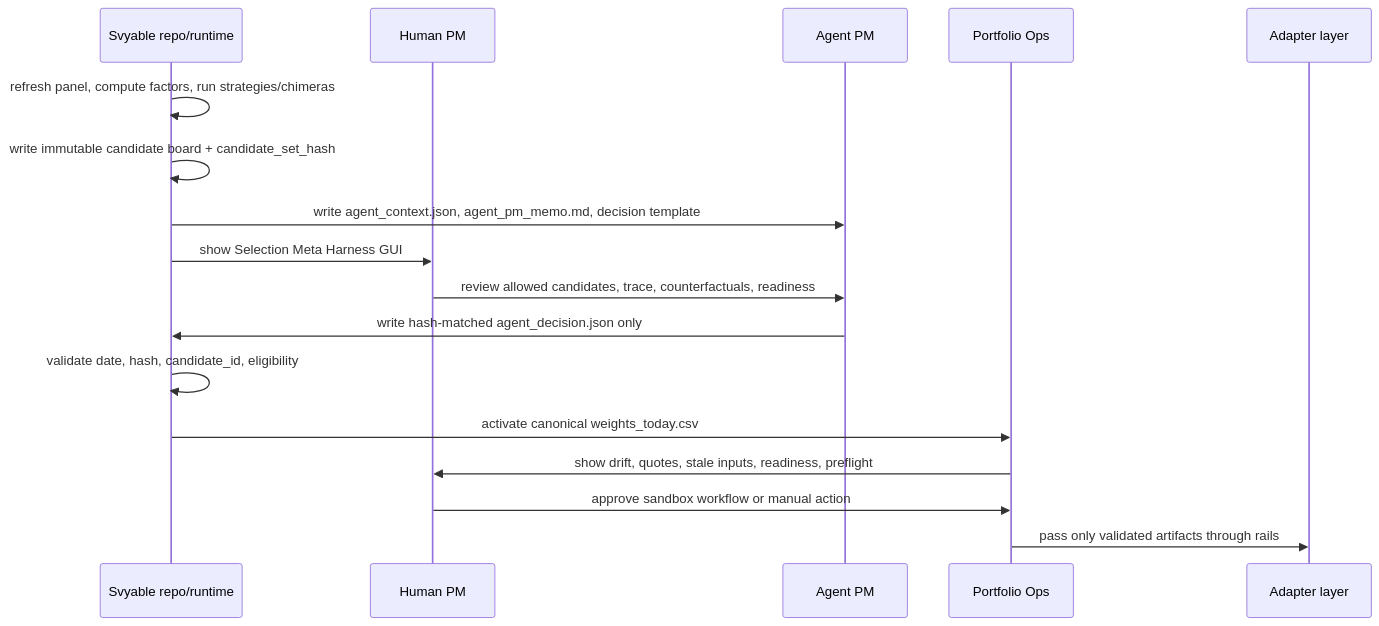
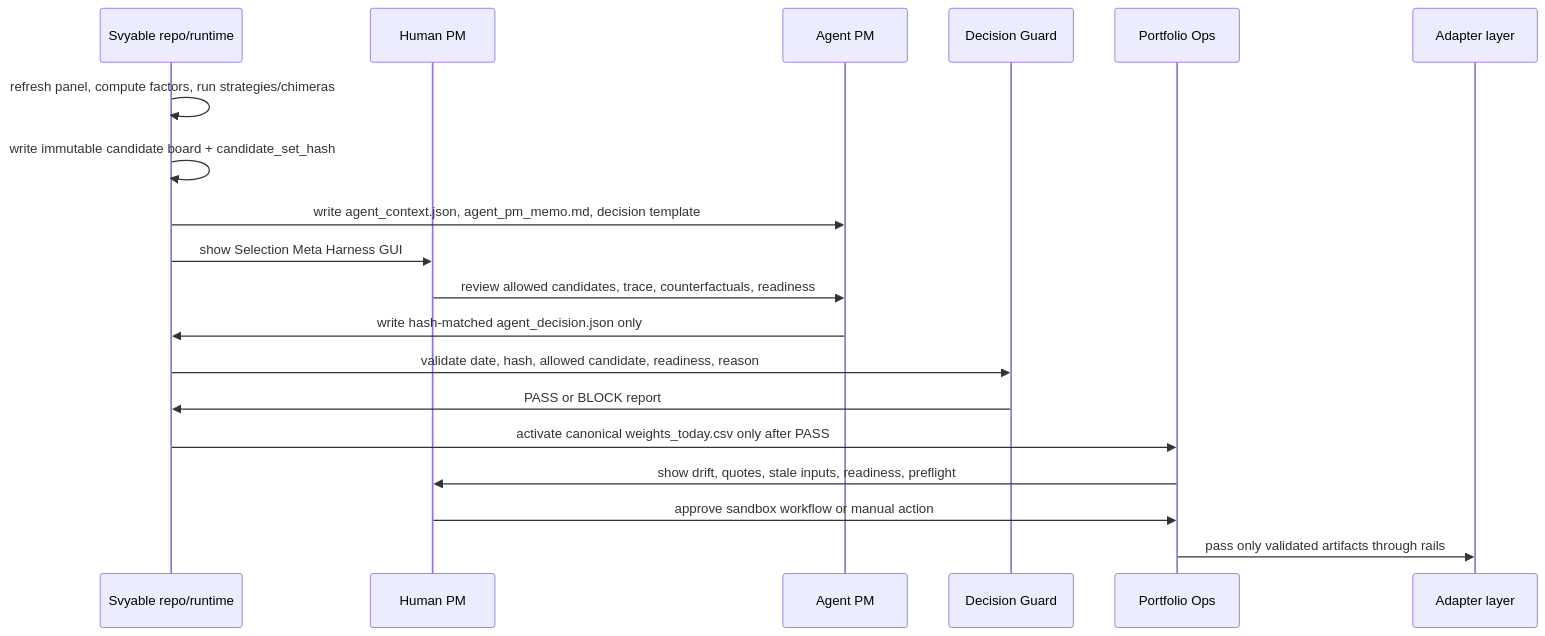
One commit to Svyable/Svyable_Strategies changed the second of 3 diagrams in README.md. Above: the diagram before and after it, drawn with Mermaid. The commit also changed other lines of this file, not shown here.

Commit message:
docs(agent): add decision guard to operating flow

````diff
--- a/README.md
+++ b/README.md
@@ -109,20 +111,22 @@
 ```mermaid
 sequenceDiagram
     participant Repo as Svyable repo/runtime
     participant Human as Human PM
     participant Agent as Agent PM
+    participant Guard as Decision Guard
     participant Ops as Portfolio Ops
     participant Adapter as Adapter layer
 
     Repo->>Repo: refresh panel, compute factors, run strategies/chimeras
     Repo->>Repo: write immutable candidate board + candidate_set_hash
     Repo->>Agent: write agent_context.json, agent_pm_memo.md, decision template
     Repo->>Human: show Selection Meta Harness GUI
     Human->>Agent: review allowed candidates, trace, counterfactuals, readiness
     Agent->>Repo: write hash-matched agent_decision.json only
-    Repo->>Repo: validate date, hash, candidate_id, eligibility
-    Repo->>Ops: activate canonical weights_today.csv
+    Repo->>Guard: validate date, hash, allowed candidate, readiness, reason
+    Guard->>Repo: PASS or BLOCK report
+    Repo->>Ops: activate canonical weights_today.csv only after PASS
     Ops->>Human: show drift, quotes, stale inputs, readiness, preflight
     Human->>Ops: approve sandbox workflow or manual action
     Ops->>Adapter: pass only validated artifacts through rails
 ```
````
